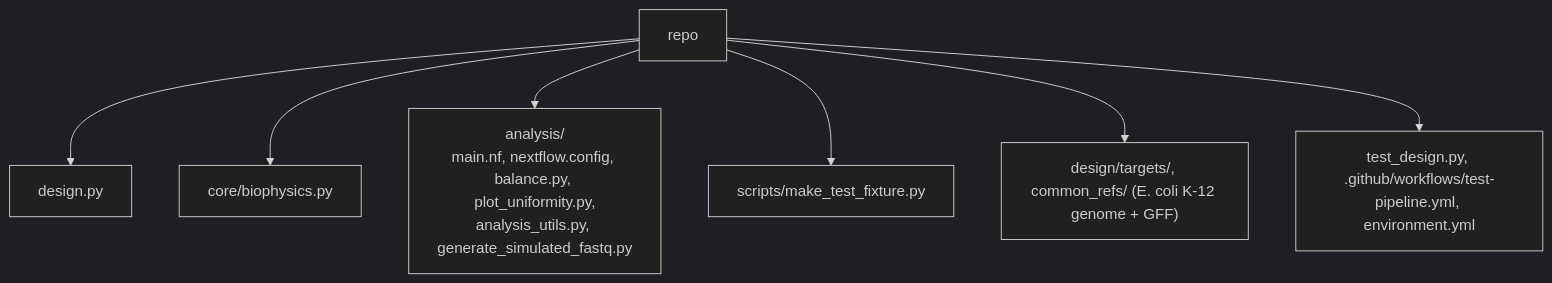
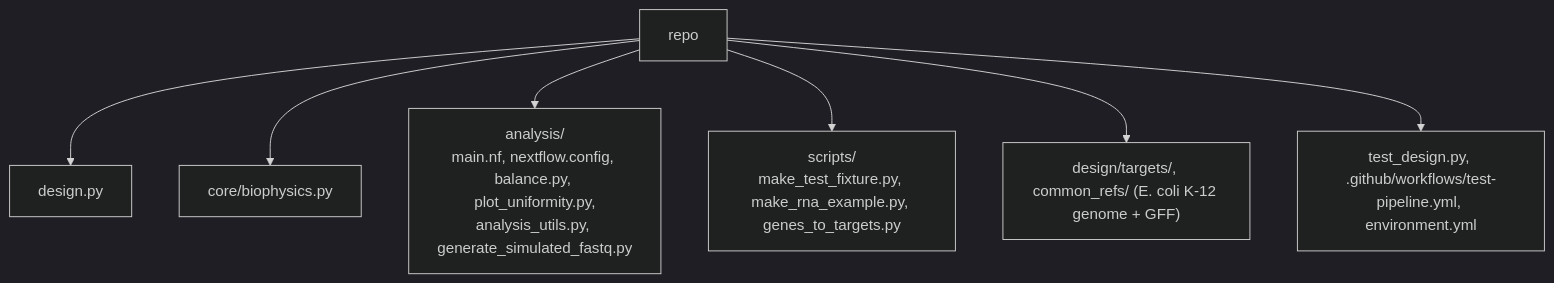
Before and after one commit to AHumanBrain/my_amplicon_project: the ninth of 9 diagrams in README.md, drawn with Mermaid (dark theme). The commit also changed other lines of this file and 9 other files, not shown here.

````diff
--- a/README.md
+++ b/README.md
@@ -201,9 +251,9 @@
 ```mermaid
 flowchart TD
     R["repo"] --> D["design.py"]
     R --> C["core/biophysics.py"]
     R --> A["analysis/<br/>main.nf, nextflow.config, balance.py, plot_uniformity.py,<br/>analysis_utils.py, generate_simulated_fastq.py"]
-    R --> S["scripts/make_test_fixture.py"]
+    R --> S["scripts/<br/>make_test_fixture.py, make_rna_example.py, genes_to_targets.py"]
     R --> X["design/targets/, common_refs/ (E. coli K-12 genome + GFF)"]
     R --> T["test_design.py, .github/workflows/test-pipeline.yml, environment.yml"]
 ```
````
